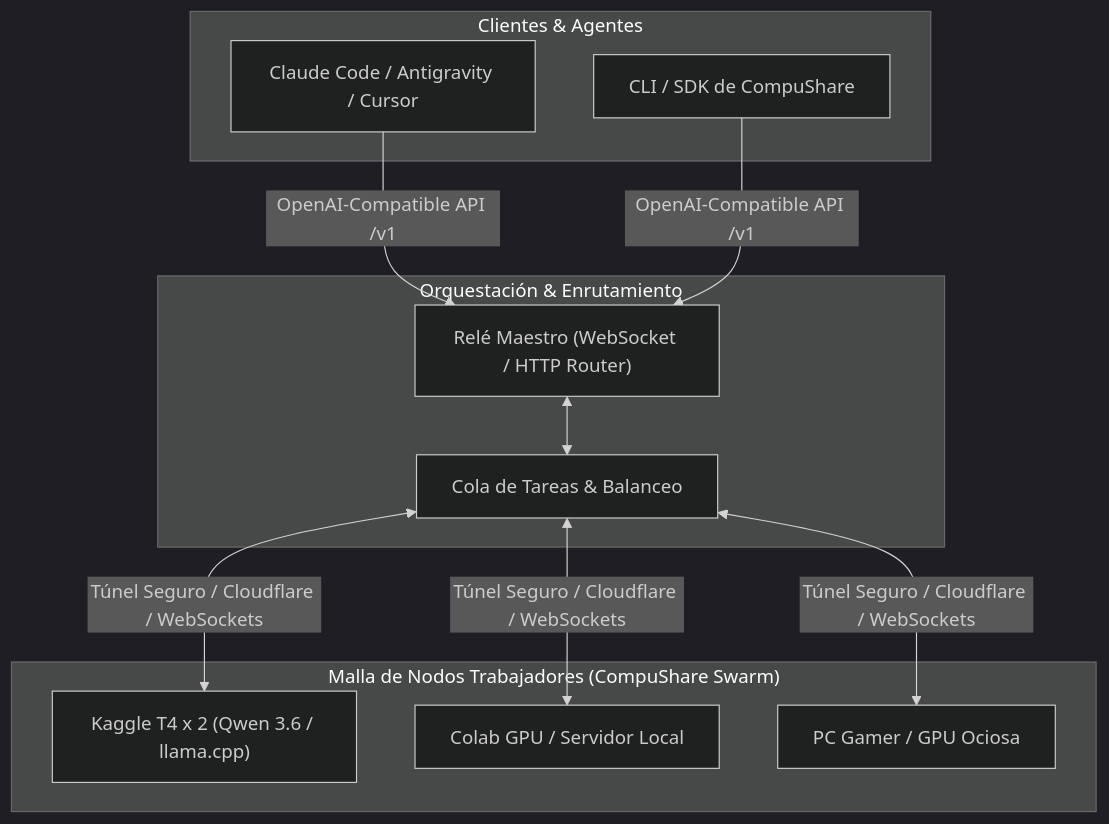
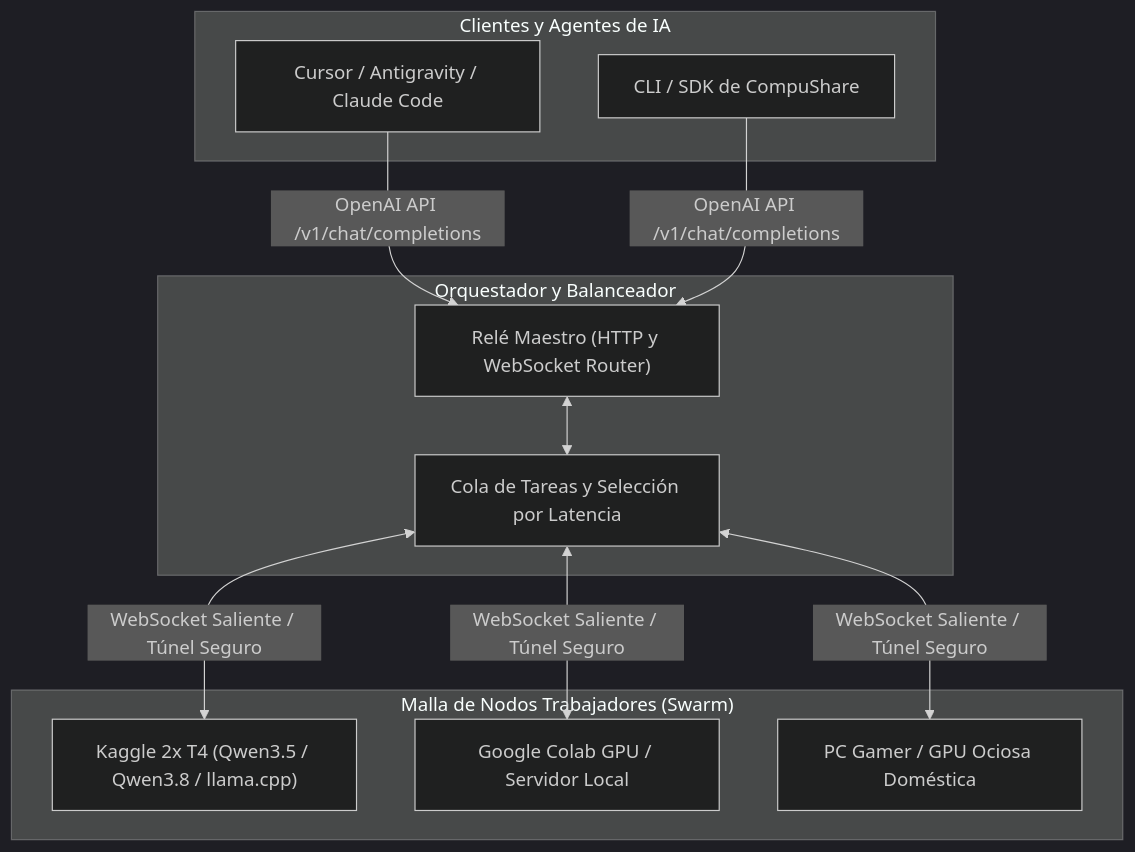
Before and after one commit to EnmanuelReynoso23/CompuShare: the diagram in README.md, drawn with Mermaid (dark theme). The commit also changed other lines of this file and 1 other file, not shown here.

Commit message:
docs: mejorar diseno visual del README, badges oficiales, diagrama mermaid y gitattributes

````diff
--- a/README.md
+++ b/README.md
@@ -26,25 +42,25 @@
 ```mermaid
 flowchart TD
-    subgraph Clientes["Clientes & Agentes"]
-        A["Claude Code / Antigravity / Cursor"]
+    subgraph Clientes["Clientes y Agentes de IA"]
+        A["Cursor / Antigravity / Claude Code"]
         B["CLI / SDK de CompuShare"]
     end
 
-    subgraph Relé["Orquestación & Enrutamiento"]
-        R["Relé Maestro (WebSocket / HTTP Router)"]
-        Q["Cola de Tareas & Balanceo"]
+    subgraph ReleMaestro["Orquestador y Balanceador"]
+        R["Relé Maestro (HTTP y WebSocket Router)"]
+        Q["Cola de Tareas y Selección por Latencia"]
     end
 
-    subgraph Enjambre["Malla de Nodos Trabajadores (CompuShare Swarm)"]
-        W1["Kaggle T4 x 2 (Qwen 3.6 / llama.cpp)"]
-        W2["Colab GPU / Servidor Local"]
-        W3["PC Gamer / GPU Ociosa"]
+    subgraph Enjambre["Malla de Nodos Trabajadores (Swarm)"]
+        W1["Kaggle 2x T4 (Qwen3.5 / Qwen3.8 / llama.cpp)"]
+        W2["Google Colab GPU / Servidor Local"]
+        W3["PC Gamer / GPU Ociosa Doméstica"]
     end
 
-    A -->|OpenAI-Compatible API /v1| R
-    B -->|OpenAI-Compatible API /v1| R
+    A -->|OpenAI API /v1/chat/completions| R
+    B -->|OpenAI API /v1/chat/completions| R
     R <--> Q
-    Q <-->|Túnel Seguro / Cloudflare / WebSockets| W1
-    Q <-->|Túnel Seguro / Cloudflare / WebSockets| W2
-    Q <-->|Túnel Seguro / Cloudflare / WebSockets| W3
+    Q <-->|WebSocket Saliente / Túnel Seguro| W1
+    Q <-->|WebSocket Saliente / Túnel Seguro| W2
+    Q <-->|WebSocket Saliente / Túnel Seguro| W3
 ```
````
